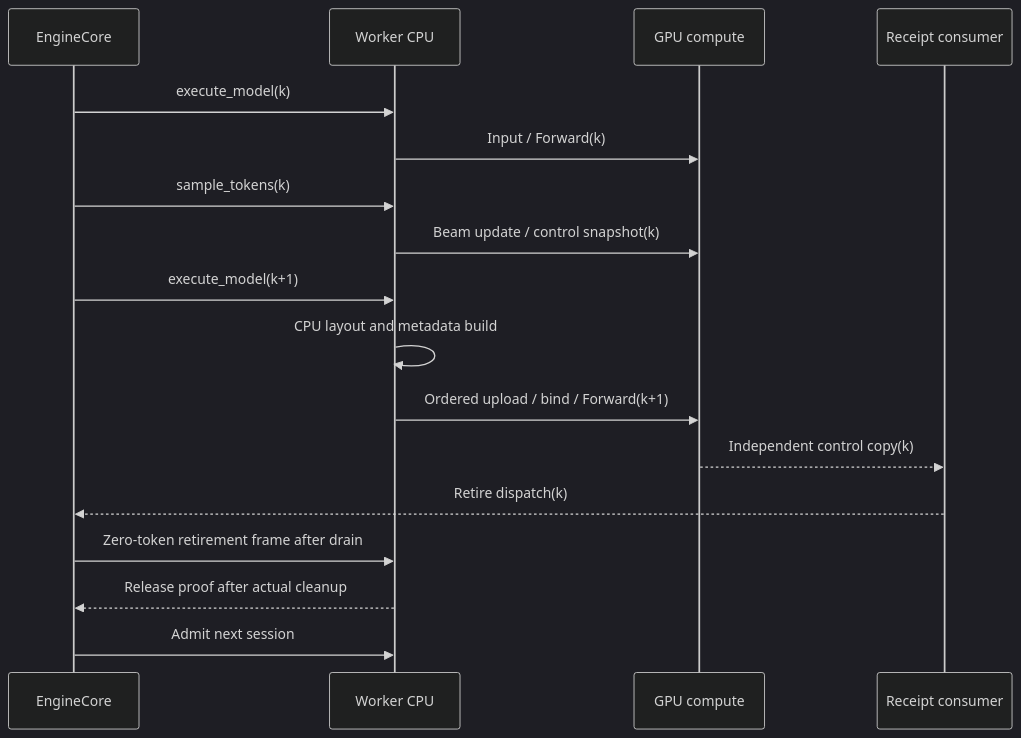
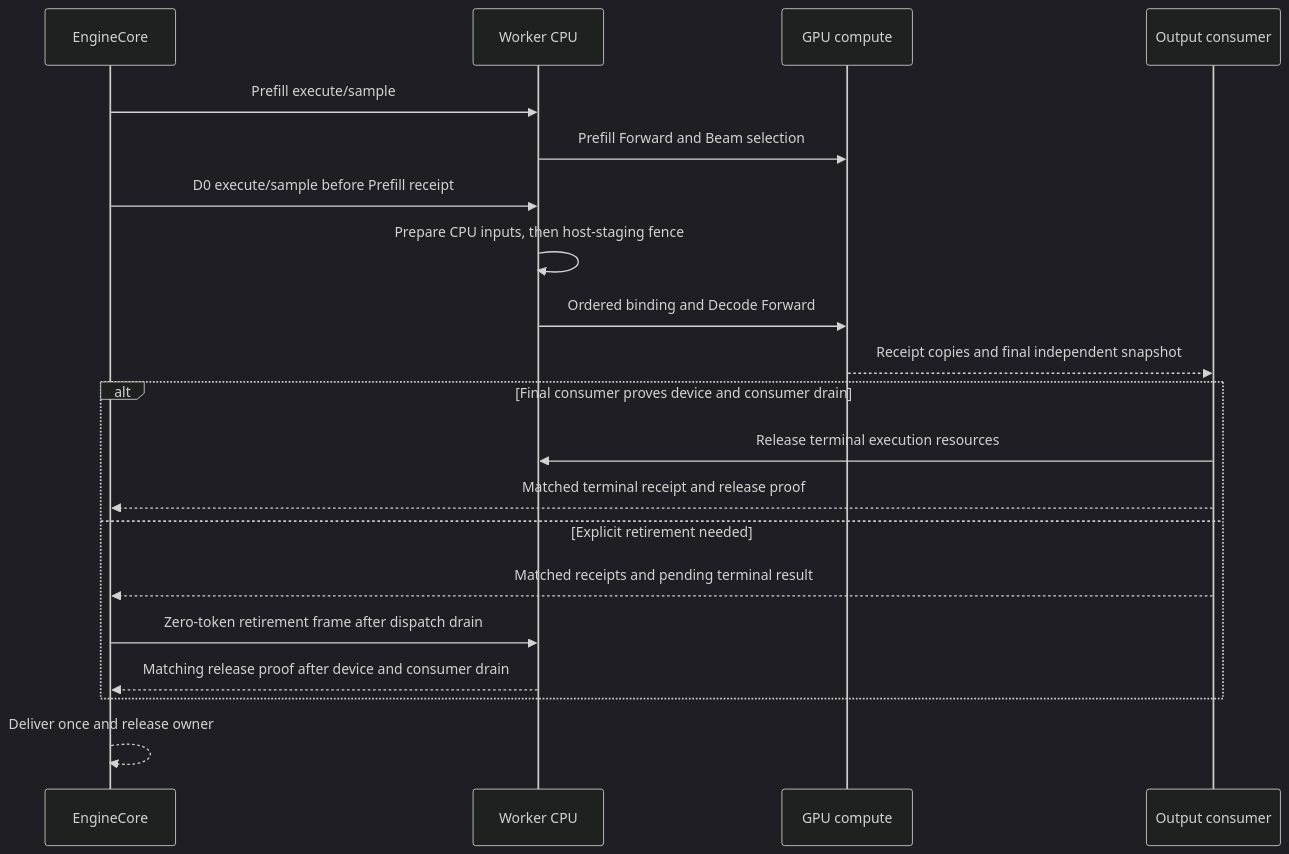
One commit to vllm-project/vllm-gr changed the diagram in docs/async_scheduling.md. Above: the diagram before and after it, drawn with Mermaid (dark theme). The commit also changed other lines of this file and 54 other files, not shown here.

````diff
--- a/docs/async_scheduling.md
+++ b/docs/async_scheduling.md
@@ -82,19 +110,22 @@
 ```mermaid
 sequenceDiagram
     participant E as EngineCore
     participant W as Worker CPU
     participant G as GPU compute
-    participant C as Receipt consumer
-    E->>W: execute_model(k)
-    W->>G: Input / Forward(k)
-    E->>W: sample_tokens(k)
-    W->>G: Beam update / control snapshot(k)
-    E->>W: execute_model(k+1)
-    W->>W: CPU layout and metadata build
-    W->>G: Ordered upload / bind / Forward(k+1)
-    G-->>C: Independent control copy(k)
-    C-->>E: Retire dispatch(k)
-    E->>W: Zero-token retirement frame after drain
-    W-->>E: Release proof after actual cleanup
-    E->>W: Admit next session
+    participant C as Output consumer
+    E->>W: Prefill execute/sample
+    W->>G: Prefill Forward and Beam selection
+    E->>W: D0 execute/sample before Prefill receipt
+    W->>W: Prepare CPU inputs, then host-staging fence
+    W->>G: Ordered binding and Decode Forward
+    G-->>C: Receipt copies and final independent snapshot
+    alt Final consumer proves device and consumer drain
+        C->>W: Release terminal execution resources
+        C-->>E: Matched terminal receipt and release proof
+    else Explicit retirement needed
+        C-->>E: Matched receipts and pending terminal result
+        E->>W: Zero-token retirement frame after dispatch drain
+        W-->>E: Matching release proof after device and consumer drain
+    end
+    E-->>E: Deliver once and release owner
 ```
````
